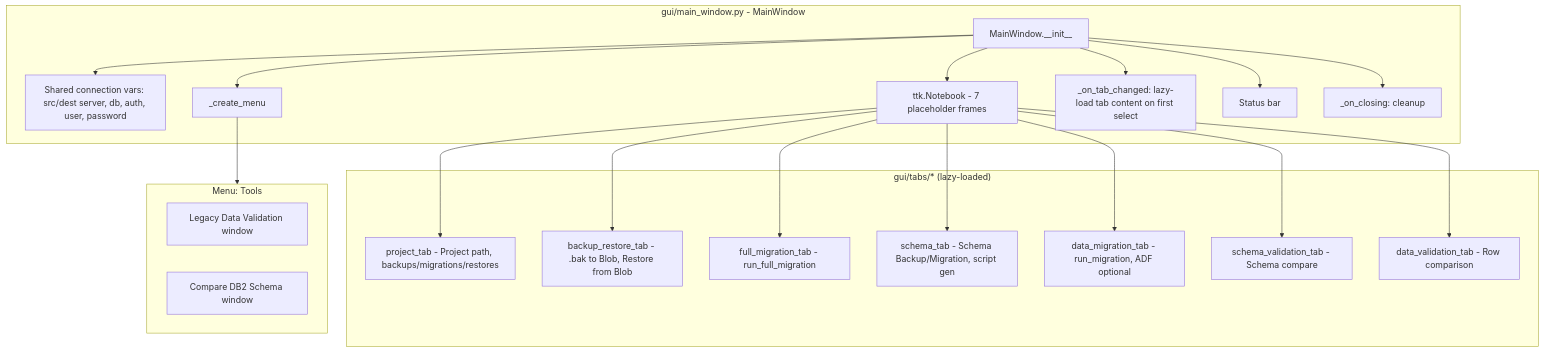
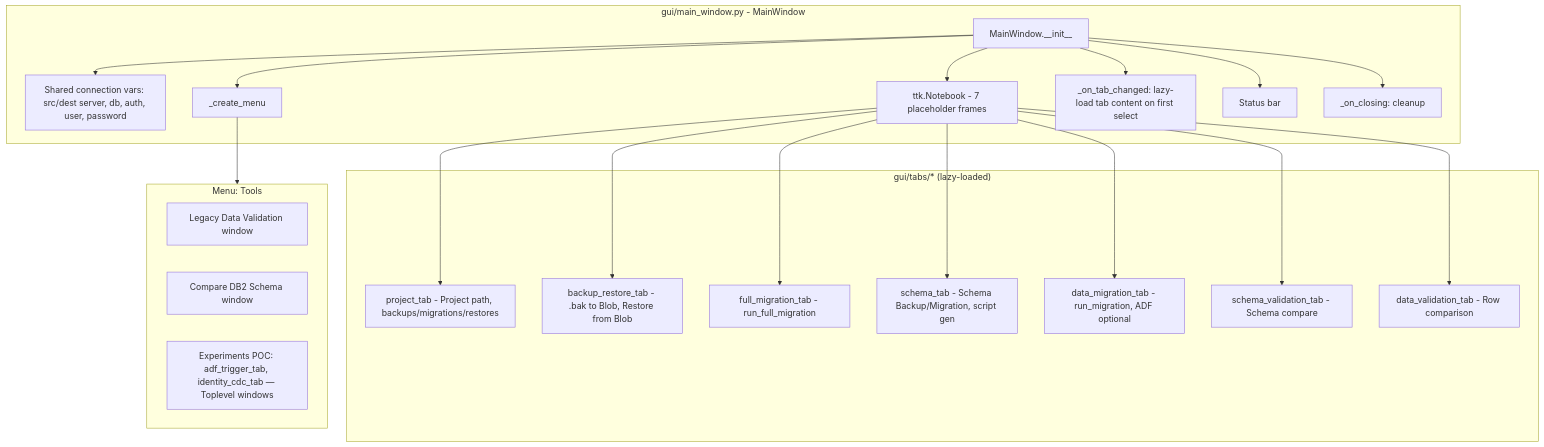
Before and after one commit to satishchauhan66/azure_migration_tool: the second of 14 diagrams in docs/ARCHITECTURE.md, drawn with Mermaid. The commit also changed 26 other files, not shown here.

````diff
--- a/docs/ARCHITECTURE.md
+++ b/docs/ARCHITECTURE.md
@@ -57,30 +57,31 @@
 ```mermaid
 flowchart TB
     subgraph MainWindow["gui/main_window.py - MainWindow"]
         MW[MainWindow.__init__]
         MW --> SHARED[Shared connection vars: src/dest server, db, auth, user, password]
         MW --> MENU[_create_menu]
         MW --> NB[ttk.Notebook - 7 placeholder frames]
         MW --> LAZY[_on_tab_changed: lazy-load tab content on first select]
         MW --> STATUS[Status bar]
         MW --> CLOSE[_on_closing: cleanup]
     end
 
     subgraph Tabs["gui/tabs/* (lazy-loaded)"]
         T0[project_tab - Project path, backups/migrations/restores]
         T1[backup_restore_tab - .bak to Blob, Restore from Blob]
         T2[full_migration_tab - run_full_migration]
         T3[schema_tab - Schema Backup/Migration, script gen]
         T4[data_migration_tab - run_migration, ADF optional]
         T5[schema_validation_tab - Schema compare]
         T6[data_validation_tab - Row comparison]
     end
 
     subgraph Tools["Menu: Tools"]
         LEGACY_DATA[Legacy Data Validation window]
         COMPARE_DB2[Compare DB2 Schema window]
+        EXP_MENU[Experiments POC: adf_trigger_tab, identity_cdc_tab — Toplevel windows]
     end
 
     NB --> T0 & T1 & T2 & T3 & T4 & T5 & T6
     MENU --> Tools
 ```
````
